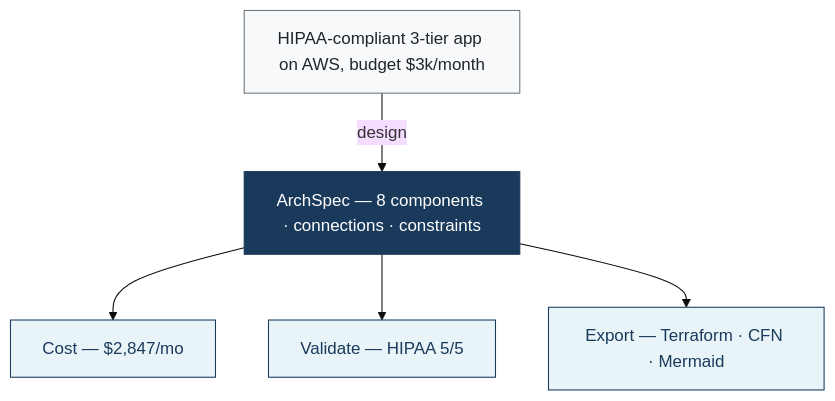
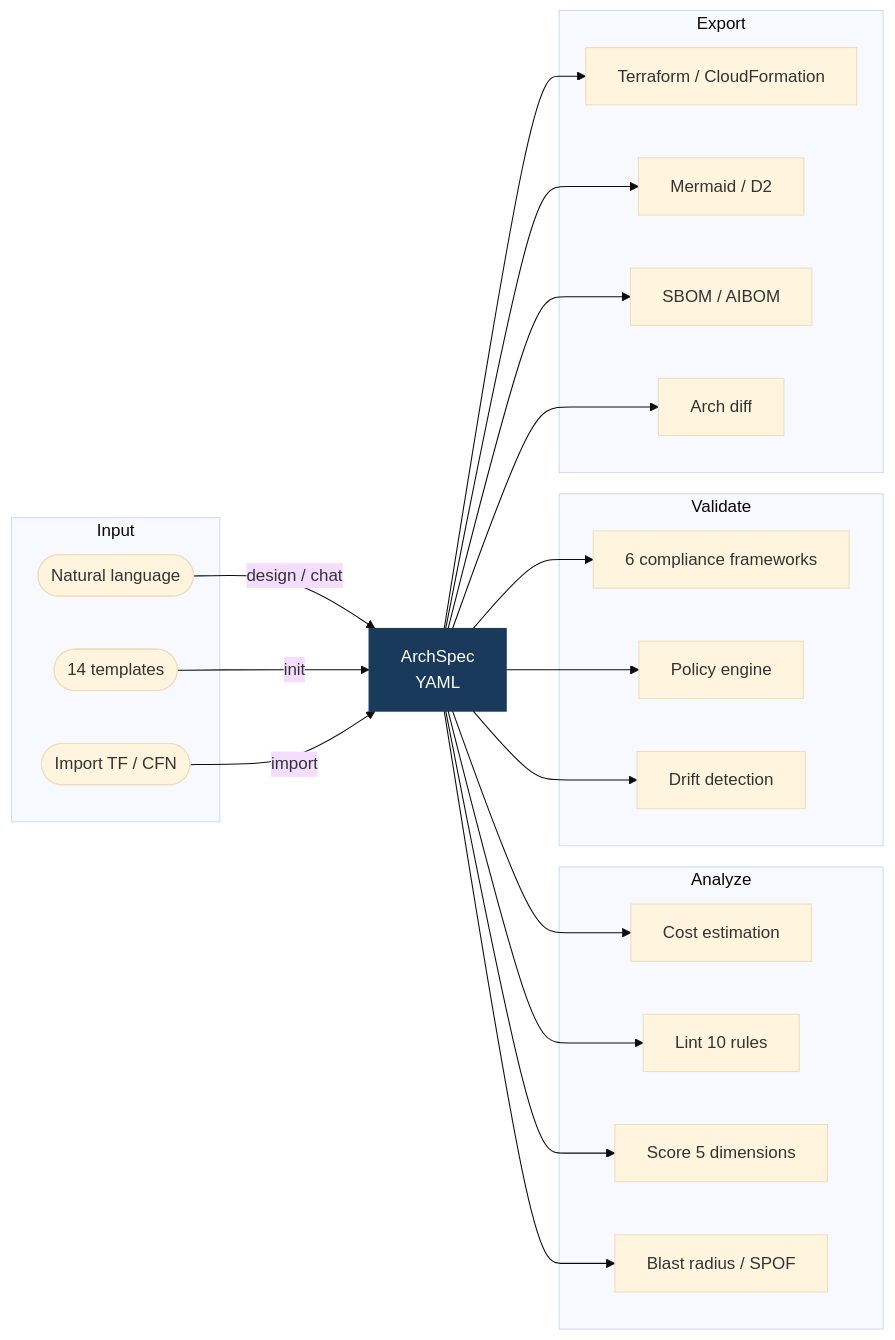
Before and after one commit to xmpuspus/cloudwright: the first of 2 diagrams in README.md, drawn with Mermaid (base theme).

Commit message:
Comprehensive Mermaid diagram showing full ArchSpec pipeline

````diff
--- a/README.md
+++ b/README.md
@@ -13,17 +13,40 @@
 ```mermaid
-flowchart TD
-    prompt["HIPAA-compliant 3-tier app on AWS, budget $3k/month"]
-    spec["ArchSpec — 8 components · connections · constraints"]
-    cost["Cost — $2,847/mo"]
-    validate["Validate — HIPAA 5/5"]
-    export["Export — Terraform · CFN · Mermaid"]
+flowchart LR
+    subgraph Input
+        nl(["Natural language"])
+        tpl(["14 templates"])
+        imp(["Import TF / CFN"])
+    end
 
-    prompt -- design --> spec
-    spec --> cost & validate & export
+    spec["ArchSpec\nYAML"]
 
-    style prompt fill:#f8f9fa,stroke:#6c757d,color:#212529
+    subgraph Analyze
+        cost["Cost estimation"]
+        lint["Lint 10 rules"]
+        score["Score 5 dimensions"]
+        blast["Blast radius / SPOF"]
+    end
+
+    subgraph Validate
+        comply["6 compliance frameworks"]
+        policy["Policy engine"]
+        drift["Drift detection"]
+    end
+
+    subgraph Export
+        iac["Terraform / CloudFormation"]
+        diagram["Mermaid / D2"]
+        sbom["SBOM / AIBOM"]
+        diff["Arch diff"]
+    end
+
+    nl -- design / chat --> spec
+    tpl -- init --> spec
+    imp -- import --> spec
+
+    spec --> cost & lint & score & blast
+    spec --> comply & policy & drift
+    spec --> iac & diagram & sbom & diff
+
     style spec fill:#1a3a5c,stroke:#1a3a5c,color:#fff
-    style cost fill:#e8f4f8,stroke:#1a3a5c,color:#1a3a5c
-    style validate fill:#e8f4f8,stroke:#1a3a5c,color:#1a3a5c
-    style export fill:#e8f4f8,stroke:#1a3a5c,color:#1a3a5c
 ```
````
